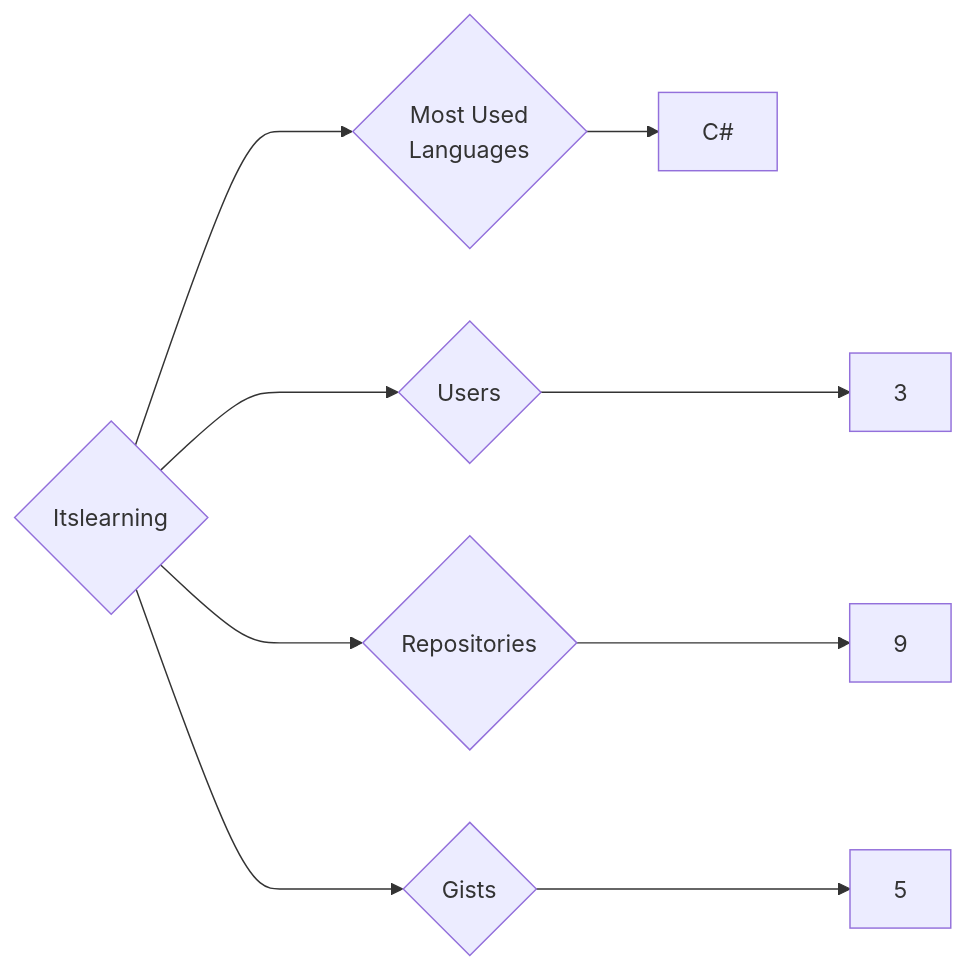
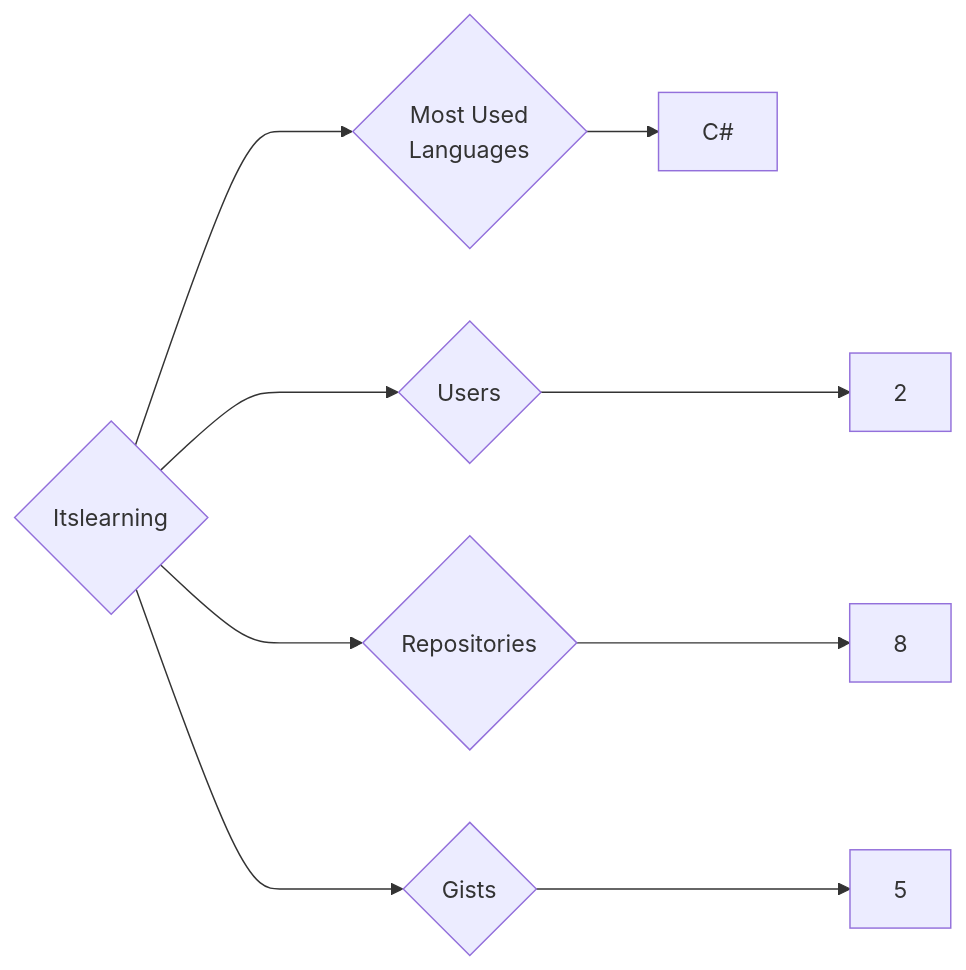
One commit to trickest/insiders changed the diagram in targets/Itslearning/README.md. Above: the diagram before and after it, drawn with Mermaid. The commit also changed 815 other files, not shown here.

````diff
--- a/targets/Itslearning/README.md
+++ b/targets/Itslearning/README.md
@@ -3,9 +3,9 @@
 ```mermaid
 graph LR
 COMPANY_NAME{Itslearning}
-COMPANY_NAME ---> U{Users} ---> UN[3]
-COMPANY_NAME ---> R{Repositories} ---> RN[9]
+COMPANY_NAME ---> U{Users} ---> UN[2]
+COMPANY_NAME ---> R{Repositories} ---> RN[8]
 COMPANY_NAME ---> G{Gists} ---> GN[5]
 COMPANY_NAME ---> ML{Most Used<br>Languages}
 ML --> C#[C#]
 ```
````
